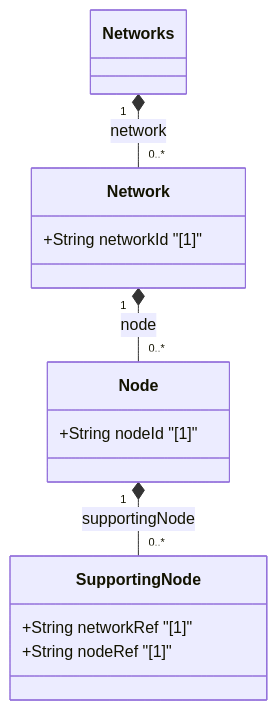
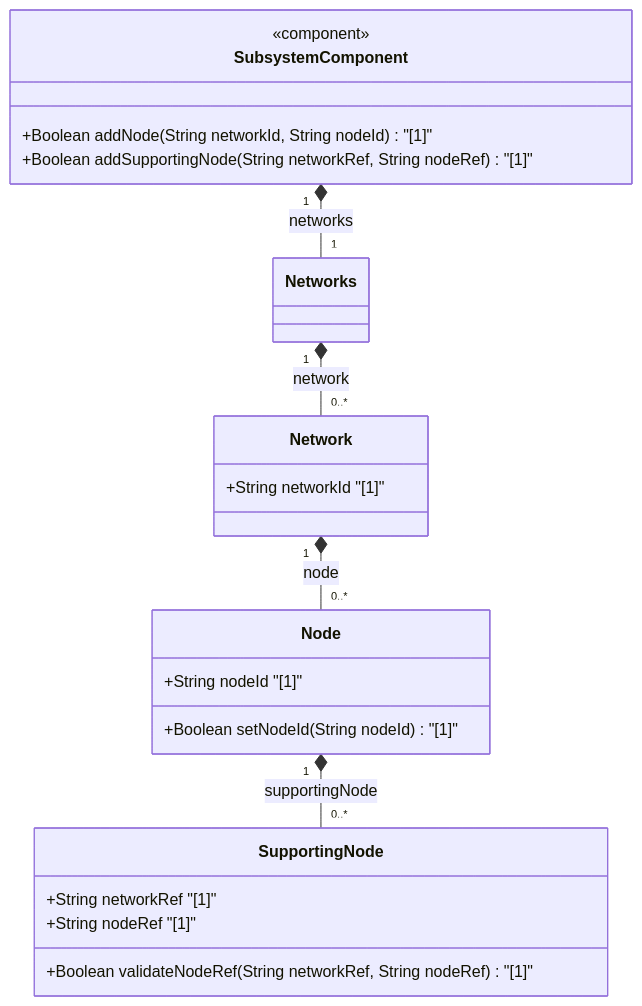
Before and after one commit to gintatkinson/3dgs-037: the diagram in docs/features/feat-26-node-data-model-and-supporting-nodes.md, drawn with Mermaid. The commit also changed other lines of this file and 19 other files, not shown here.

````diff
--- a/docs/features/feat-26-node-data-model-and-supporting-nodes.md
+++ b/docs/features/feat-26-node-data-model-and-supporting-nodes.md
@@ -24,19 +24,27 @@
 ```mermaid
 classDiagram
+    class SubsystemComponent {
+        <<component>>
+        +Boolean addNode(String networkId, String nodeId) "[1]"
+        +Boolean addSupportingNode(String networkRef, String nodeRef) "[1]"
+    }
     class Networks {
     }
     class Network {
         +String networkId "[1]"
     }
     class Node {
         +String nodeId "[1]"
+        +Boolean setNodeId(String nodeId) "[1]"
     }
     class SupportingNode {
         +String networkRef "[1]"
         +String nodeRef "[1]"
+        +Boolean validateNodeRef(String networkRef, String nodeRef) "[1]"
     }
 
+    SubsystemComponent "1" *-- "1" Networks : networks
     Networks "1" *-- "0..*" Network : network
     Network "1" *-- "0..*" Node : node
     Node "1" *-- "0..*" SupportingNode : supportingNode
 ```
````
